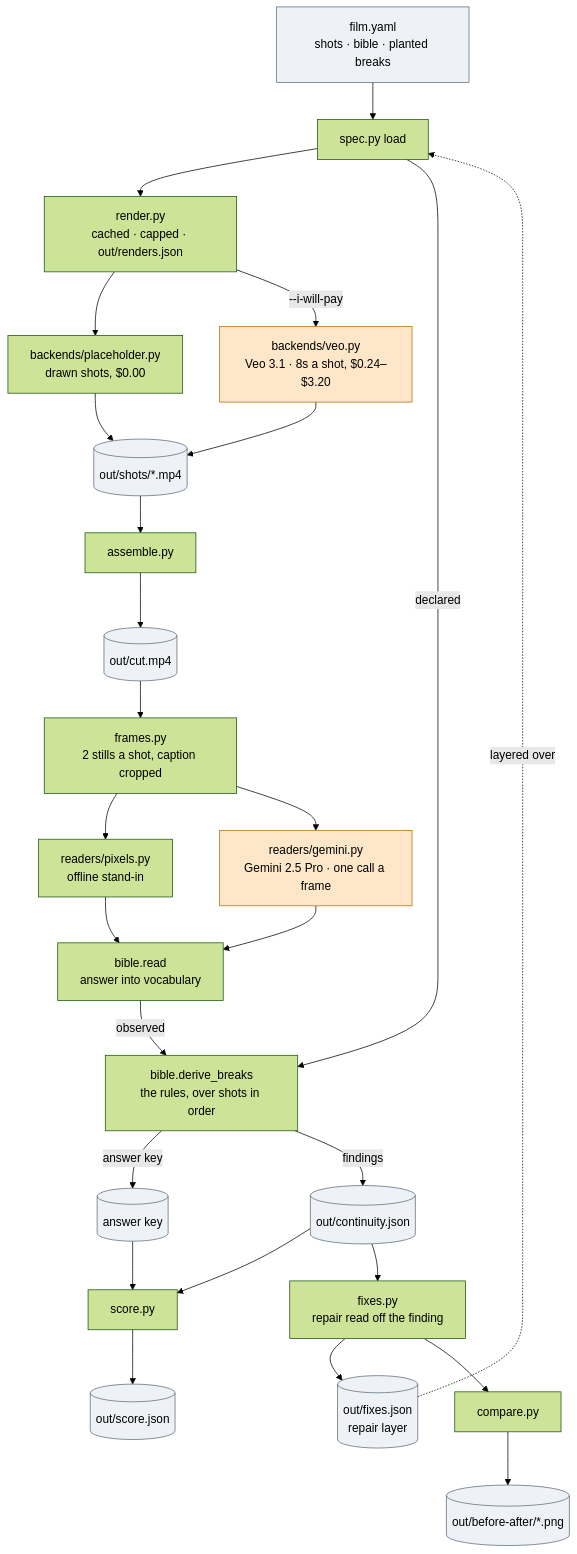
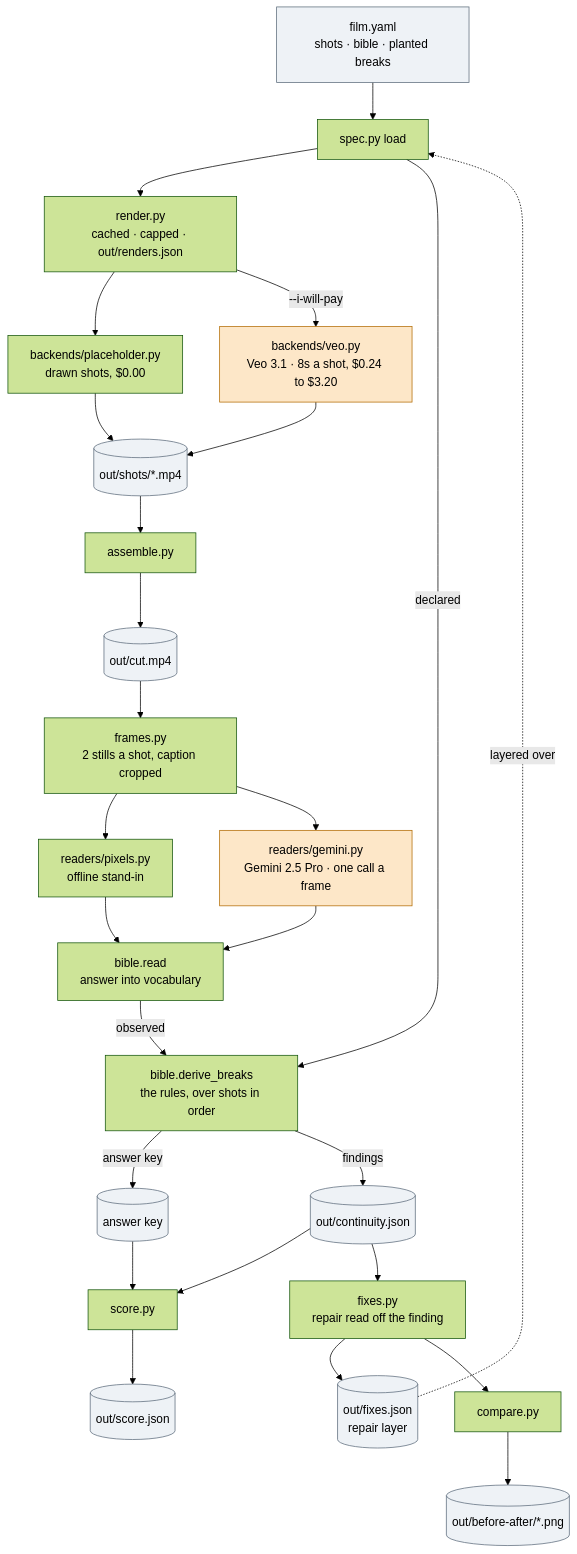
The second of 3 diagrams in README.md (jtmuller5/continuity-checker), drawn with Mermaid (forest theme) before and after one commit. The commit also changed other lines of this file and 30 other files, not shown here.

````diff
--- a/README.md
+++ b/README.md
@@ -309,44 +309,44 @@
 ```mermaid
 flowchart TB
   spec["film.yaml<br/>shots · bible · planted breaks"]
   fixesf[("out/fixes.json<br/>repair layer")]
   load["spec.py load"]
   render["render.py<br/>cached · capped · out/renders.json"]
   ph["backends/placeholder.py<br/>drawn shots, $0.00"]
-  veo["backends/veo.py<br/>Veo 3.1 · 8s a shot, $0.24–$3.20"]
+  veo["backends/veo.py<br/>Veo 3.1 · 8s a shot, $0.24 to $3.20"]
   shots[("out/shots/*.mp4")]
   assemble["assemble.py"]
   cut[("out/cut.mp4")]
   frames["frames.py<br/>2 stills a shot, caption cropped"]
   pixels["readers/pixels.py<br/>offline stand-in"]
   gem["readers/gemini.py<br/>Gemini 2.5 Pro · one call a frame"]
   fold["bible.read<br/>answer into vocabulary"]
   derive["bible.derive_breaks<br/>the rules, over shots in order"]
   key[("answer key")]
   report[("out/continuity.json")]
   score["score.py"]
   scorej[("out/score.json")]
   fixmod["fixes.py<br/>repair read off the finding"]
   compare["compare.py"]
   plate[("out/before-after/*.png")]
 
   spec --> load
   fixesf -. layered over .-> load
   load --> render
   render --> ph --> shots
   render -->|--i-will-pay| veo --> shots
   shots --> assemble --> cut --> frames
   frames --> pixels --> fold
   frames --> gem --> fold
   load -->|declared| derive
   fold -->|observed| derive
   derive -->|answer key| key --> score
   derive -->|findings| report --> score --> scorej
   report --> fixmod --> fixesf
   fixmod --> compare --> plate
 
   classDef paid fill:#fde7c8,stroke:#b26a00;
   classDef file fill:#eef2f6,stroke:#5b6b7a;
   class veo,gem paid;
   class spec,fixesf,shots,cut,key,report,scorej,plate file;
 ```
````
